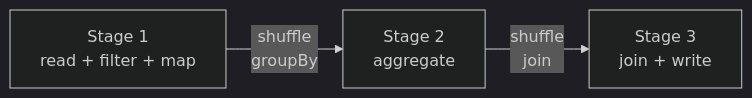
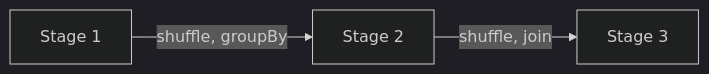
One commit to gcmishra7/data-engineering-helper changed the second of 2 diagrams in 05-databricks/03-spark-architecture.md. Above: the diagram before and after it, drawn with Mermaid (dark theme). The commit also changed other lines of this file and 57 other files, not shown here.

First line of the commit message:
Shorten mermaid node labels to fix text truncation on GitHub

````diff
--- a/05-databricks/03-spark-architecture.md
+++ b/05-databricks/03-spark-architecture.md
@@ -37,4 +45,4 @@
 ```mermaid
 graph LR
-    S1[Stage 1<br/>read + filter + map] -->|shuffle<br/>groupBy| S2[Stage 2<br/>aggregate] -->|shuffle<br/>join| S3[Stage 3<br/>join + write]
+    S1[Stage 1] -->|shuffle, groupBy| S2[Stage 2] -->|shuffle, join| S3[Stage 3]
 ```
````
